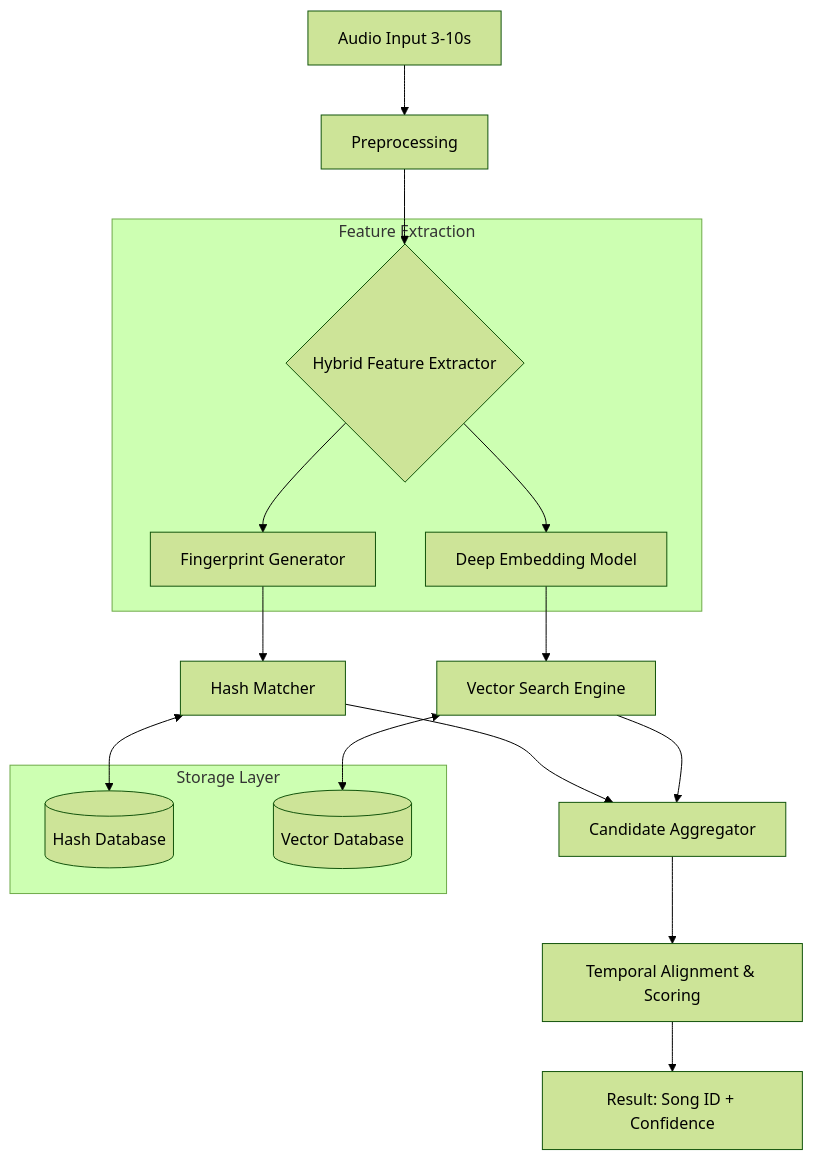
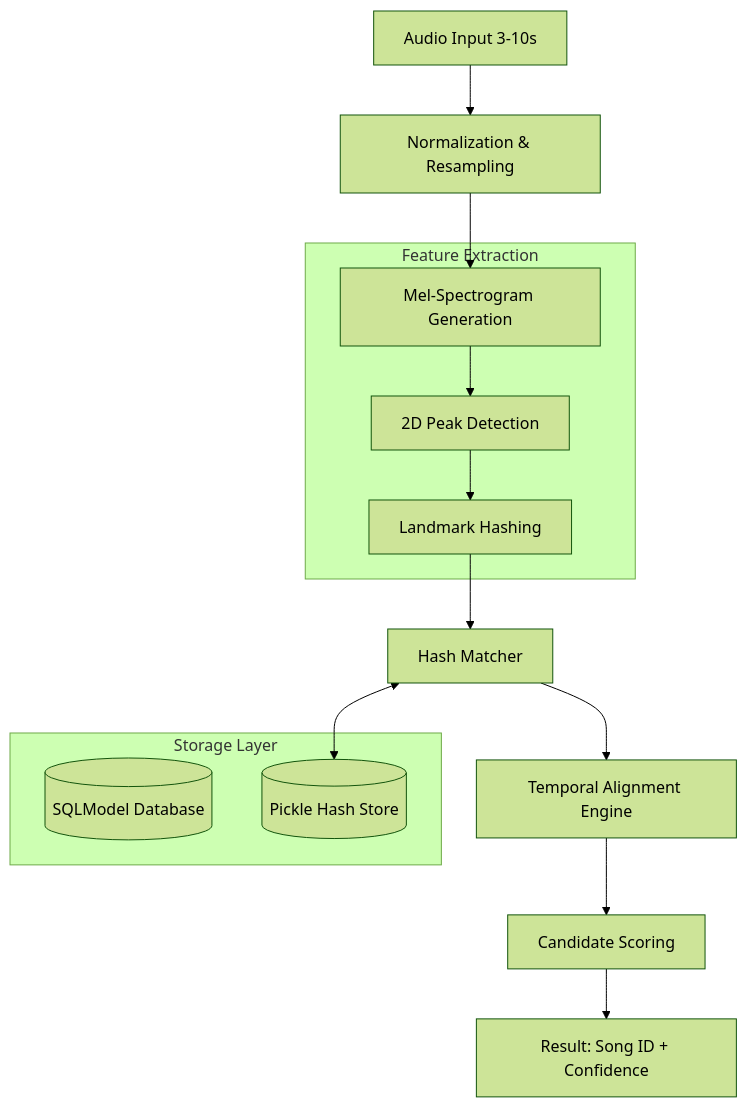
Before and after one commit to heyiamrachappa/ps1: the diagram in docs/architecture.md, drawn with Mermaid (forest theme). The commit also changed other lines of this file and 1 other file, not shown here.

````diff
--- a/docs/architecture.md
+++ b/docs/architecture.md
@@ -7,27 +7,23 @@
 ```mermaid
 graph TD
-    A[Audio Input 3-10s] --> B[Preprocessing]
-    B --> C{Hybrid Feature Extractor}
+    A[Audio Input 3-10s] --> B[Normalization & Resampling]
+    B --> C[Mel-Spectrogram Generation]
     
     subgraph "Feature Extraction"
-    C --> D[Fingerprint Generator]
-    C --> E[Deep Embedding Model]
+    C --> D[2D Peak Detection]
+    D --> E[Landmark Hashing]
     end
     
-    D --> F[Hash Matcher]
-    E --> G[Vector Search Engine]
+    E --> F[Hash Matcher]
     
     subgraph "Storage Layer"
-    H[(Hash Database)]
-    I[(Vector Database)]
+    G[(SQLModel Database)]
+    H[(Pickle Hash Store)]
     end
     
     F <--> H
-    G <--> I
+    F --> I[Temporal Alignment Engine]
     
-    F --> J[Candidate Aggregator]
-    G --> J
-    
-    J --> K[Temporal Alignment & Scoring]
-    K --> L[Result: Song ID + Confidence]
+    I --> J[Candidate Scoring]
+    J --> K[Result: Song ID + Confidence]
 ```
````
